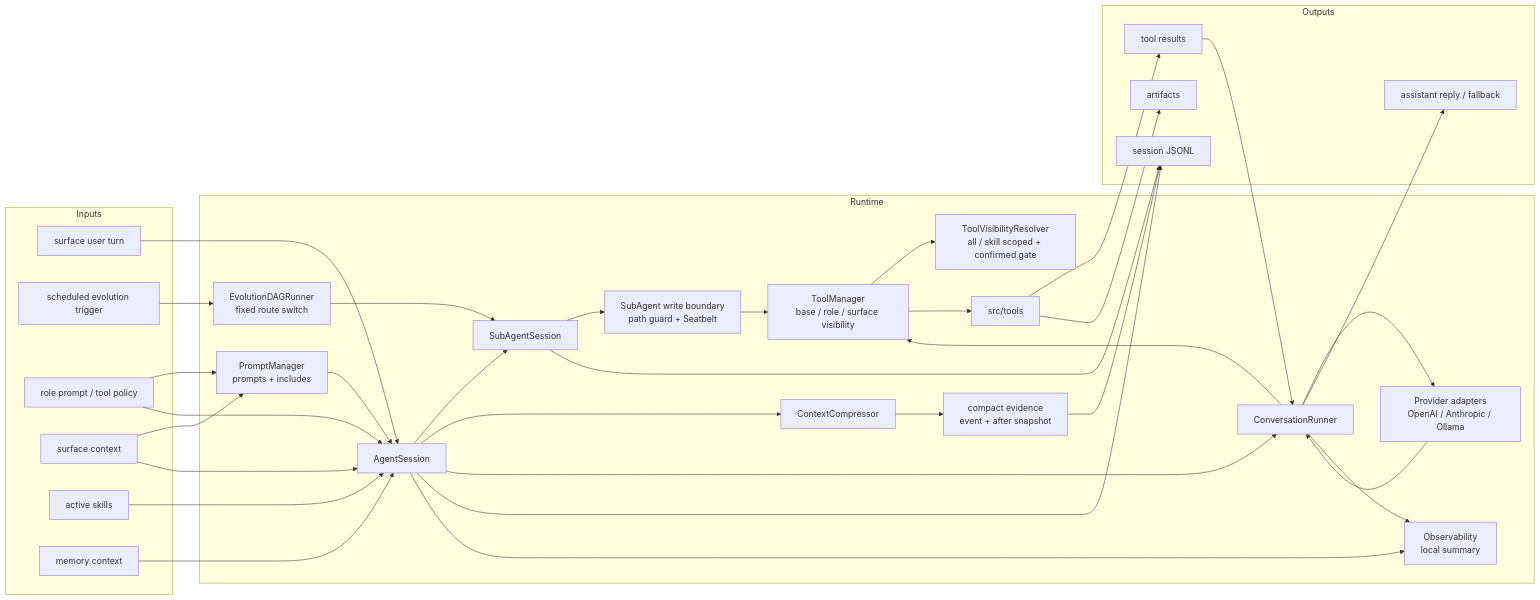
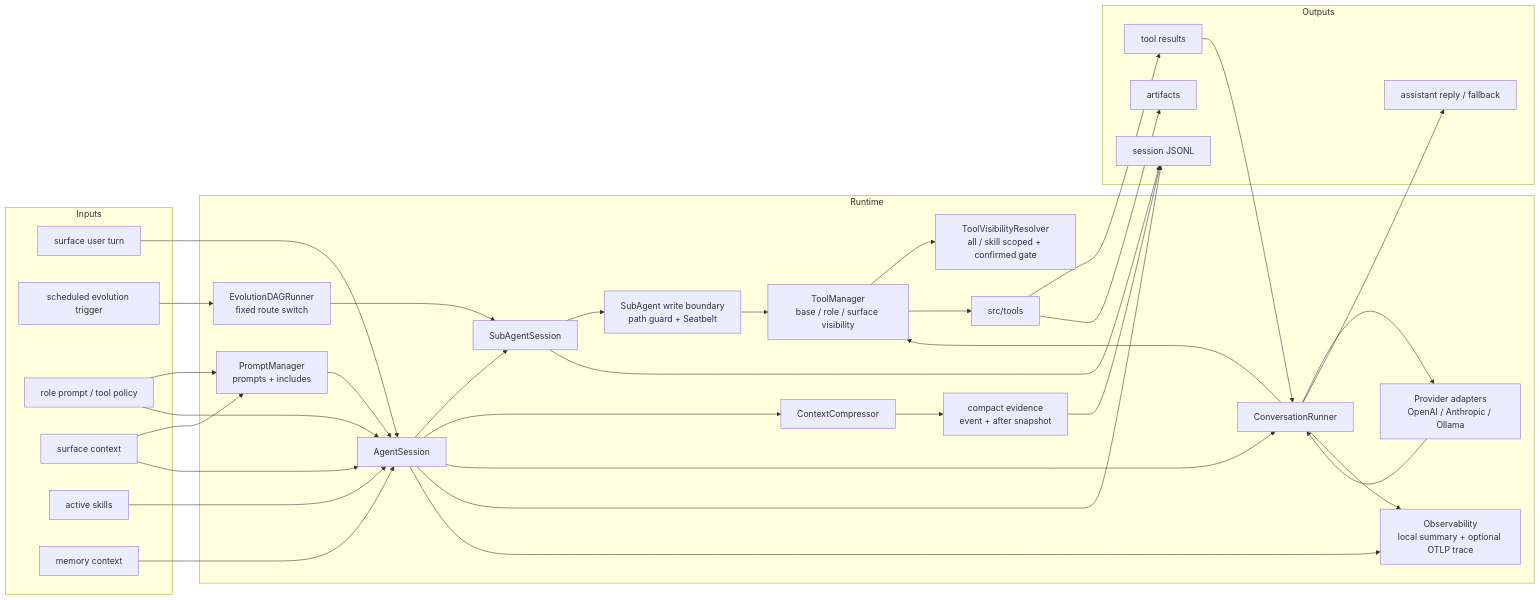
The first of 2 diagrams in docs/agent-runtime/SPEC.md (fightheyyy/XiaoBa-CLI), drawn with Mermaid before and after one commit. The commit also changed other lines of this file and 18 other files, not shown here.

Commit message:
add optional OTLP trace export

````diff
--- a/docs/agent-runtime/SPEC.md
+++ b/docs/agent-runtime/SPEC.md
@@ -51,65 +51,65 @@
 ```mermaid
 flowchart LR
     subgraph Inputs["Inputs"]
         SurfaceTurn["surface user turn"]
         EvolutionTrigger["scheduled evolution trigger"]
         RolePolicy["role prompt / tool policy"]
         SurfaceContext["surface context"]
         SkillPolicy["active skills"]
         Memory["memory context"]
     end
 
     subgraph Runtime["Runtime"]
         Session["AgentSession"]
         Subagent["SubAgentSession"]
         PromptManager["PromptManager<br/>prompts + includes"]
         Compressor["ContextCompressor"]
         Runner["ConversationRunner"]
         Provider["Provider adapters<br/>OpenAI / Anthropic / Ollama"]
         ToolManager["ToolManager<br/>base / role / surface visibility"]
         Visibility["ToolVisibilityResolver<br/>all / skill scoped + confirmed gate"]
         Tools["src/tools"]
-        Observability["Observability<br/>local summary"]
+        Observability["Observability<br/>local summary + optional OTLP trace"]
         CompactEvidence["compact evidence<br/>event + after snapshot"]
         EvolutionDAG["EvolutionDAGRunner<br/>fixed route switch"]
         WriteBoundary["SubAgent write boundary<br/>path guard + Seatbelt"]
     end
 
     subgraph Outputs["Outputs"]
         Reply["assistant reply / fallback"]
         ToolResults["tool results"]
         SessionLog["session JSONL"]
         Artifacts["artifacts"]
     end
 
     SurfaceTurn --> Session
     EvolutionTrigger --> EvolutionDAG
     EvolutionDAG --> Subagent
     Session --> Subagent
     Subagent --> WriteBoundary
     WriteBoundary --> ToolManager
     RolePolicy --> PromptManager
     SurfaceContext --> PromptManager
     PromptManager --> Session
     RolePolicy --> Session
     SurfaceContext --> Session
     SkillPolicy --> Session
     Memory --> Session
     Session --> Compressor
     Compressor --> CompactEvidence
     Session --> Runner
     Runner --> Provider
     Provider --> Runner
     Runner --> ToolManager
     ToolManager --> Visibility
     ToolManager --> Tools
     Tools --> ToolResults
     ToolResults --> Runner
     Runner --> Reply
     Session --> SessionLog
     Subagent --> SessionLog
     Tools --> Artifacts
     Session --> Observability
     Runner --> Observability
     CompactEvidence --> SessionLog
 ```
````
